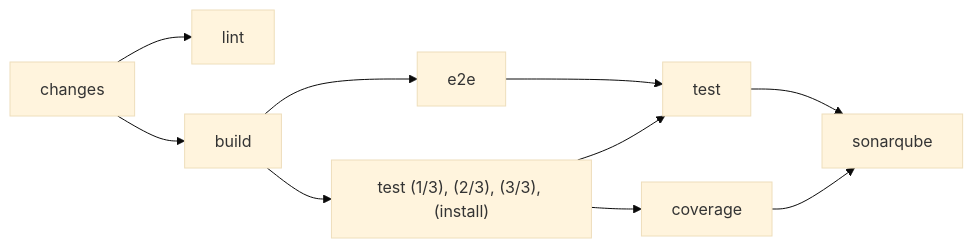
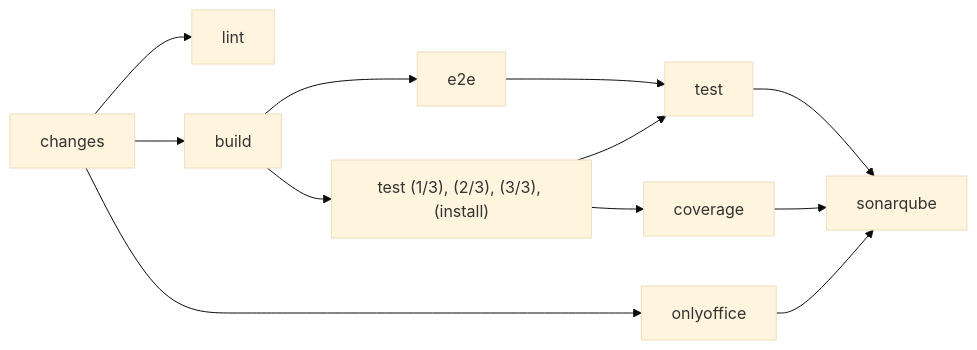
The first of 4 diagrams in docs/infrastructure/pipelines.md (SoltuneMontepre/medilab), drawn with Mermaid (base theme) before and after one commit. The commit also changed other lines of this file and 4 other files, not shown here.

````diff
--- a/docs/infrastructure/pipelines.md
+++ b/docs/infrastructure/pipelines.md
@@ -25,8 +25,9 @@
 ```mermaid
 flowchart LR
     changes --> lint
     changes --> build --> runners["test (1/3), (2/3), (3/3), (install)"]
     build --> e2e --> test
     runners --> test --> sonarqube
     runners --> coverage --> sonarqube
+    changes --> onlyoffice --> sonarqube
 ```
````
